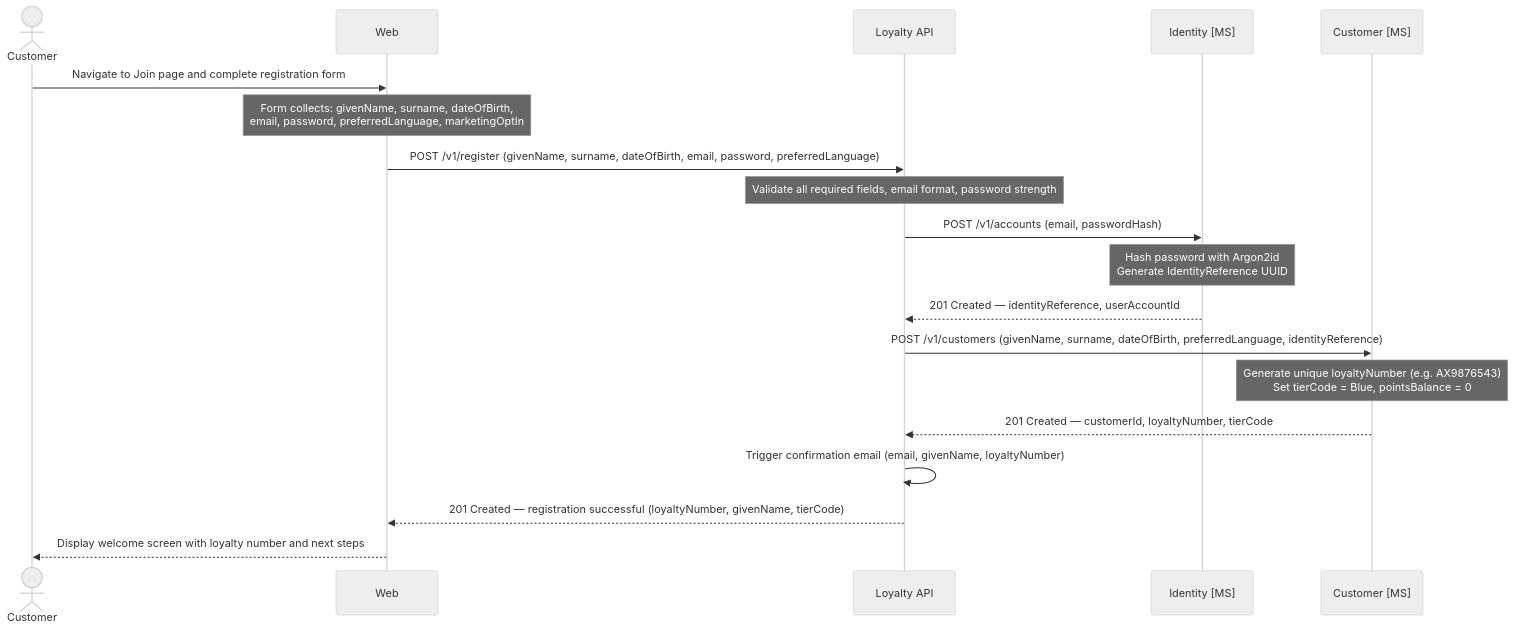
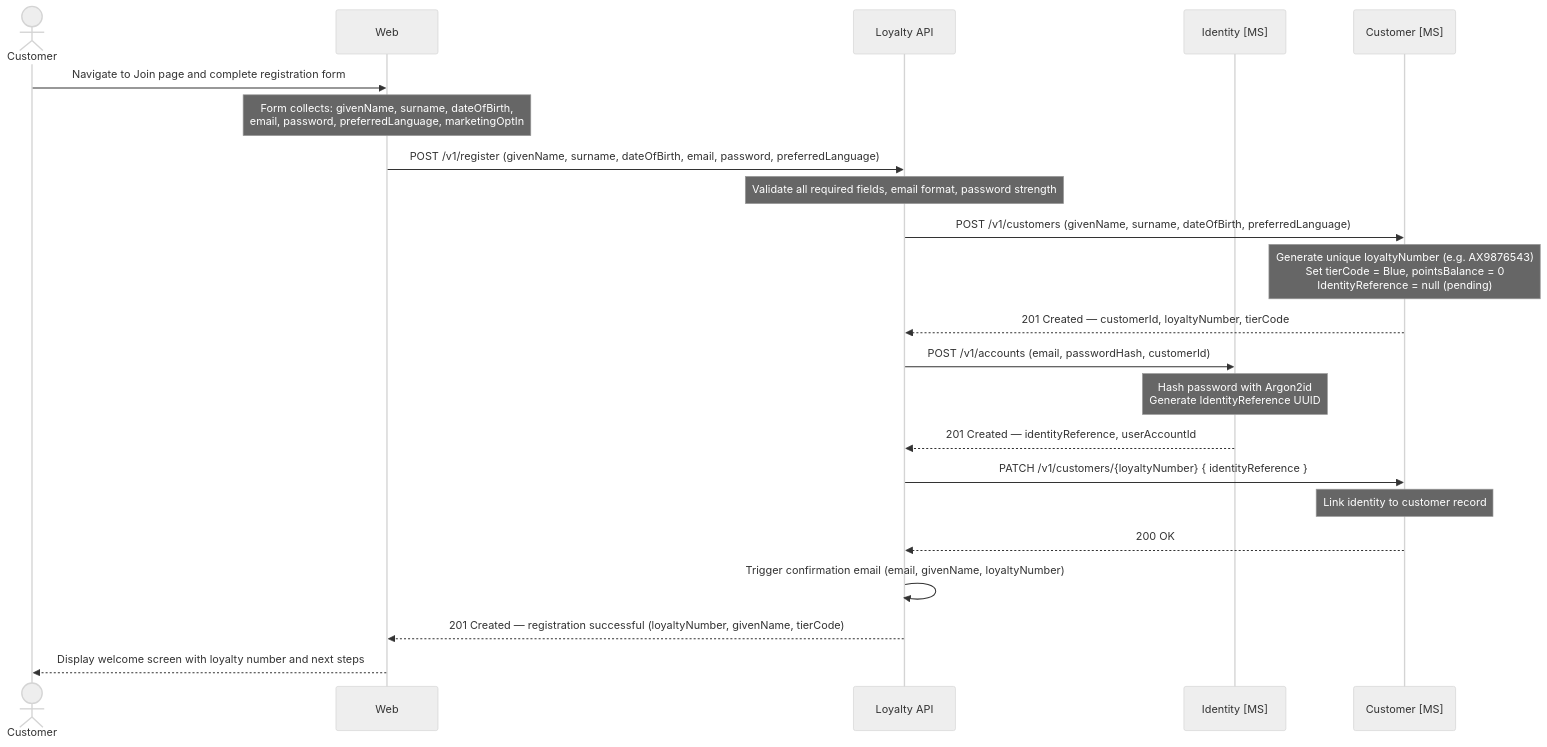
Diagram 20 of 27 in documentation/design.md (sebharvey/airline-reservation-system), drawn with Mermaid (neutral theme) before and after one commit. The commit also changed other lines of this file and 2 other files, not shown here.

````diff
--- a/documentation/design.md
+++ b/documentation/design.md
@@ -2932,27 +2920,31 @@
 ```mermaid
 sequenceDiagram
     actor Customer
     participant Web
     participant LoyaltyAPI as Loyalty API
     participant IdentityMS as Identity [MS]
     participant CustomerMS as Customer [MS]
 
     Customer->>Web: Navigate to Join page and complete registration form
     Note over Web: Form collects: givenName, surname, dateOfBirth,<br/>email, password, preferredLanguage, marketingOptIn
 
     Web->>LoyaltyAPI: POST /v1/register (givenName, surname, dateOfBirth, email, password, preferredLanguage)
     Note over LoyaltyAPI: Validate all required fields, email format, password strength
 
-    LoyaltyAPI->>IdentityMS: POST /v1/accounts (email, passwordHash)
+    LoyaltyAPI->>CustomerMS: POST /v1/customers (givenName, surname, dateOfBirth, preferredLanguage)
+    Note over CustomerMS: Generate unique loyaltyNumber (e.g. AX9876543)<br/>Set tierCode = Blue, pointsBalance = 0<br/>IdentityReference = null (pending)
+    CustomerMS-->>LoyaltyAPI: 201 Created — customerId, loyaltyNumber, tierCode
+
+    LoyaltyAPI->>IdentityMS: POST /v1/accounts (email, passwordHash, customerId)
     Note over IdentityMS: Hash password with Argon2id<br/>Generate IdentityReference UUID
     IdentityMS-->>LoyaltyAPI: 201 Created — identityReference, userAccountId
 
-    LoyaltyAPI->>CustomerMS: POST /v1/customers (givenName, surname, dateOfBirth, preferredLanguage, identityReference)
-    Note over CustomerMS: Generate unique loyaltyNumber (e.g. AX9876543)<br/>Set tierCode = Blue, pointsBalance = 0
-    CustomerMS-->>LoyaltyAPI: 201 Created — customerId, loyaltyNumber, tierCode
+    LoyaltyAPI->>CustomerMS: PATCH /v1/customers/{loyaltyNumber} { identityReference }
+    Note over CustomerMS: Link identity to customer record
+    CustomerMS-->>LoyaltyAPI: 200 OK
 
     LoyaltyAPI->>LoyaltyAPI: Trigger confirmation email (email, givenName, loyaltyNumber)
 
     LoyaltyAPI-->>Web: 201 Created — registration successful (loyaltyNumber, givenName, tierCode)
     Web-->>Customer: Display welcome screen with loyalty number and next steps
 ```
````
